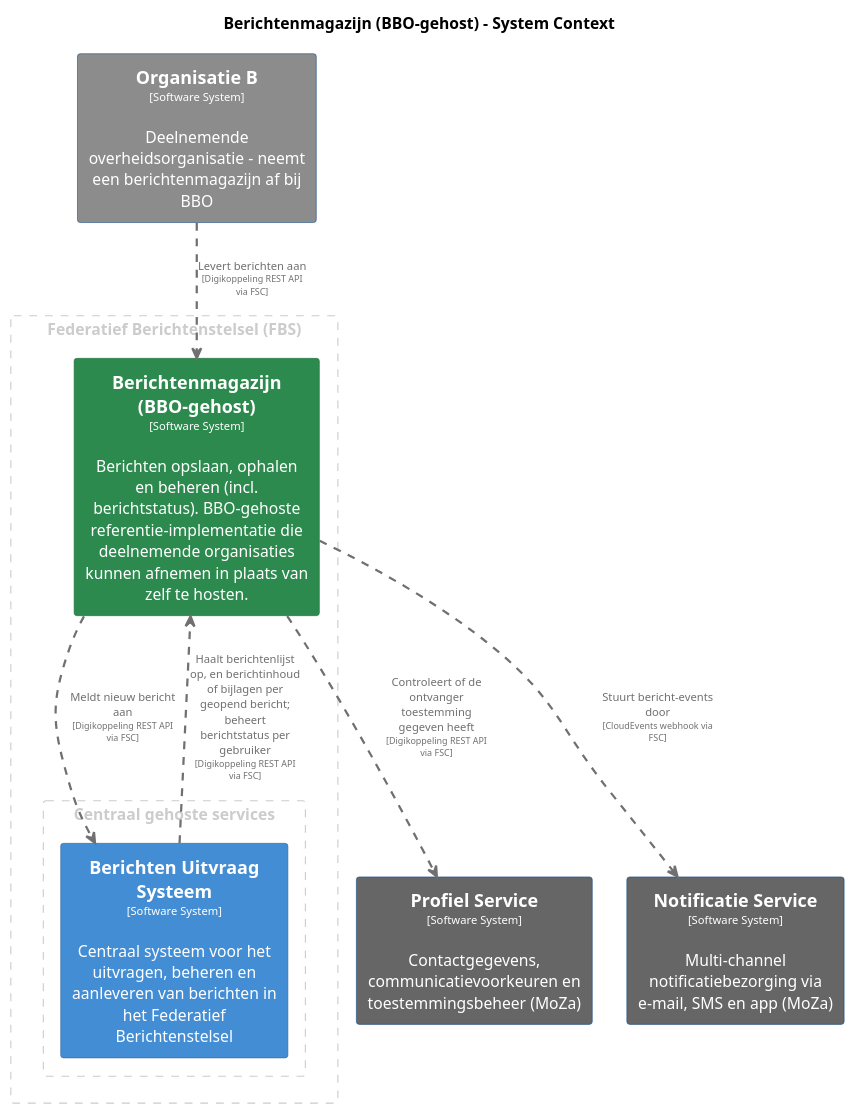
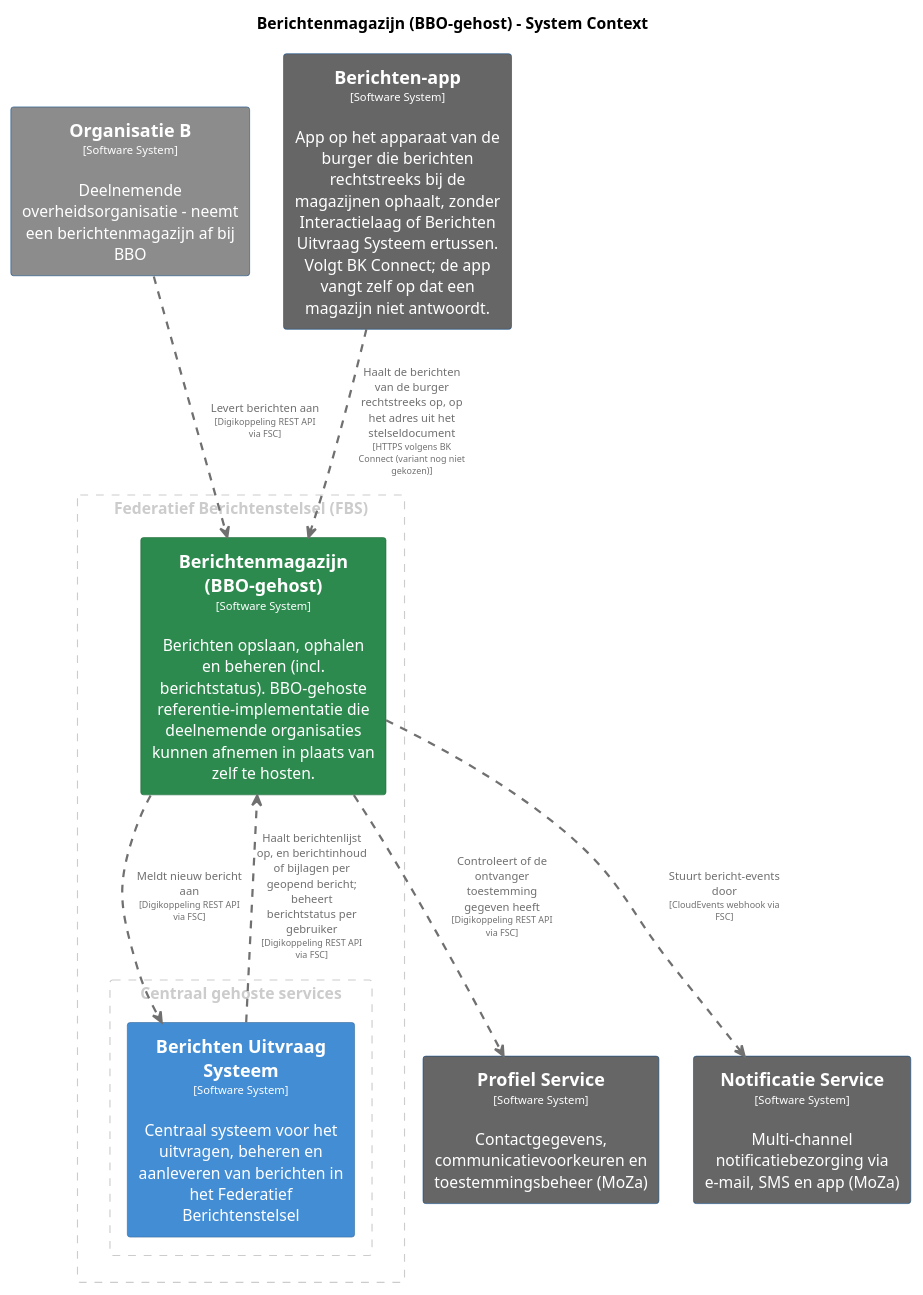
Before and after one commit to MinBZK/moza-poc-fbs-berichtenbox: the diagram in pr-preview/pr-361/master/puml/Berichtenmagazijn.puml, drawn with PlantUML. The commit also changed 84 other files, not shown here.

```diff
--- a/pr-preview/pr-361/master/puml/Berichtenmagazijn.puml
+++ b/pr-preview/pr-361/master/puml/Berichtenmagazijn.puml
@@ -1,74 +1,82 @@
 @startuml
 set separator none
 title Berichtenmagazijn (BBO-gehost) - System Context
 
 top to bottom direction
 skinparam ranksep 60
 skinparam nodesep 30
 
 skinparam {
   arrowFontSize 10
   defaultTextAlignment center
   wrapWidth 200
   maxMessageSize 100
 }
 
 hide stereotype
 
 skinparam rectangle<<BerichtenUitvraagSysteem>> {
   BackgroundColor #438dd5
   FontColor #ffffff
   BorderColor #2e6295
+  shadowing false
+}
+skinparam rectangle<<Berichtenapp>> {
+  BackgroundColor #666666
+  FontColor #ffffff
+  BorderColor #0b4884
   shadowing false
 }
 skinparam rectangle<<BerichtenmagazijnBBOgehost>> {
   BackgroundColor #2d8a4e
   FontColor #ffffff
   BorderColor #1e6b38
   shadowing false
 }
 skinparam rectangle<<NotificatieService>> {
   BackgroundColor #666666
   FontColor #ffffff
   BorderColor #0b4884
   shadowing false
 }
 skinparam rectangle<<OrganisatieB>> {
   BackgroundColor #8c8c8c
   FontColor #ffffff
   BorderColor #0b4884
   shadowing false
 }
 skinparam rectangle<<ProfielService>> {
   BackgroundColor #666666
   FontColor #ffffff
   BorderColor #0b4884
   shadowing false
 }
 
 rectangle "Federatief Berichtenstelsel (FBS)" <<group1>> as group1 {
   skinparam RectangleBorderColor<<group1>> #cccccc
   skinparam RectangleFontColor<<group1>> #cccccc
   skinparam RectangleBorderStyle<<group1>> dashed
 
   rectangle "==Berichtenmagazijn (BBO-gehost)\n<size:10>[Software System]</size>\n\nBerichten opslaan, ophalen en beheren (incl. berichtstatus). BBO-gehoste referentie-implementatie die deelnemende organisaties kunnen afnemen in plaats van zelf te hosten." <<BerichtenmagazijnBBOgehost>> as BerichtenmagazijnBBOgehost
     rectangle "Centraal gehoste services" <<group2>> as group2 {
       skinparam RectangleBorderColor<<group2>> #cccccc
       skinparam RectangleFontColor<<group2>> #cccccc
       skinparam RectangleBorderStyle<<group2>> dashed
 
       rectangle "==Berichten Uitvraag Systeem\n<size:10>[Software System]</size>\n\nCentraal systeem voor het uitvragen, beheren en aanleveren van berichten in het Federatief Berichtenstelsel" <<BerichtenUitvraagSysteem>> as BerichtenUitvraagSysteem
     }
 
 }
 
 rectangle "==Organisatie B\n<size:10>[Software System]</size>\n\nDeelnemende overheidsorganisatie - neemt een berichtenmagazijn af bij BBO" <<OrganisatieB>> as OrganisatieB
 rectangle "==Profiel Service\n<size:10>[Software System]</size>\n\nContactgegevens, communicatievoorkeuren en toestemmingsbeheer (MoZa)" <<ProfielService>> as ProfielService
 rectangle "==Notificatie Service\n<size:10>[Software System]</size>\n\nMulti-channel notificatiebezorging via e-mail, SMS en app (MoZa)" <<NotificatieService>> as NotificatieService
+rectangle "==Berichten-app\n<size:10>[Software System]</size>\n\nApp op het apparaat van de burger die berichten rechtstreeks bij de magazijnen ophaalt, zonder Interactielaag of Berichten Uitvraag Systeem ertussen. Volgt BK Connect; de app vangt zelf op dat een magazijn niet antwoordt." <<Berichtenapp>> as Berichtenapp
 
+Berichtenapp .[#707070,thickness=2].> BerichtenmagazijnBBOgehost : "<color:#707070>Haalt de berichten van de burger rechtstreeks op, op het adres uit het stelseldocument\n<color:#707070><size:8>[HTTPS volgens BK Connect (variant nog niet gekozen)]</size>"
 BerichtenUitvraagSysteem .[#707070,thickness=2].> BerichtenmagazijnBBOgehost : "<color:#707070>Haalt berichtenlijst op, en berichtinhoud of bijlagen per geopend bericht; beheert berichtstatus per gebruiker\n<color:#707070><size:8>[Digikoppeling REST API via FSC]</size>"
 BerichtenmagazijnBBOgehost .[#707070,thickness=2].> BerichtenUitvraagSysteem : "<color:#707070>Meldt nieuw bericht aan\n<color:#707070><size:8>[Digikoppeling REST API via FSC]</size>"
 BerichtenmagazijnBBOgehost .[#707070,thickness=2].> NotificatieService : "<color:#707070>Stuurt bericht-events door\n<color:#707070><size:8>[CloudEvents webhook via FSC]</size>"
 OrganisatieB .[#707070,thickness=2].> BerichtenmagazijnBBOgehost : "<color:#707070>Levert berichten aan\n<color:#707070><size:8>[Digikoppeling REST API via FSC]</size>"
 BerichtenmagazijnBBOgehost .[#707070,thickness=2].> ProfielService : "<color:#707070>Controleert of de ontvanger toestemming gegeven heeft\n<color:#707070><size:8>[Digikoppeling REST API via FSC]</size>"
 @enduml
```
